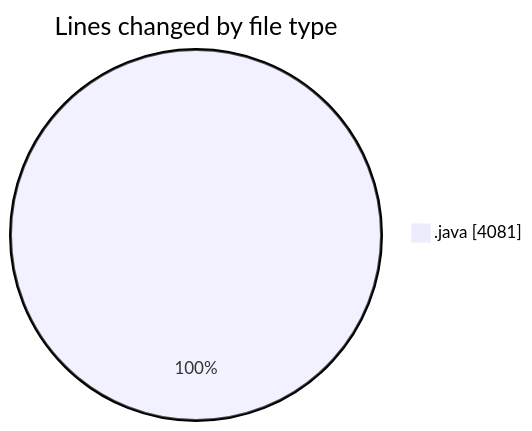
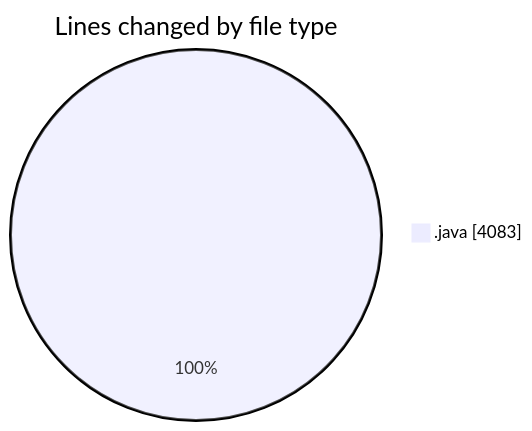
One commit to ricardozamudiocil/code-tracking changed the first of 2 diagrams in 2026-11-17/cilapp/README.md. Above: the diagram before and after it, drawn with Mermaid. The commit also changed other lines of this file and 1 other file, not shown here.

````diff
--- a/2026-11-17/cilapp/README.md
+++ b/2026-11-17/cilapp/README.md
@@ -21,5 +21,5 @@
 ```mermaid
 pie showData
 title Lines changed by file type
-".java" : 4081
+".java" : 4083
 ```
````
